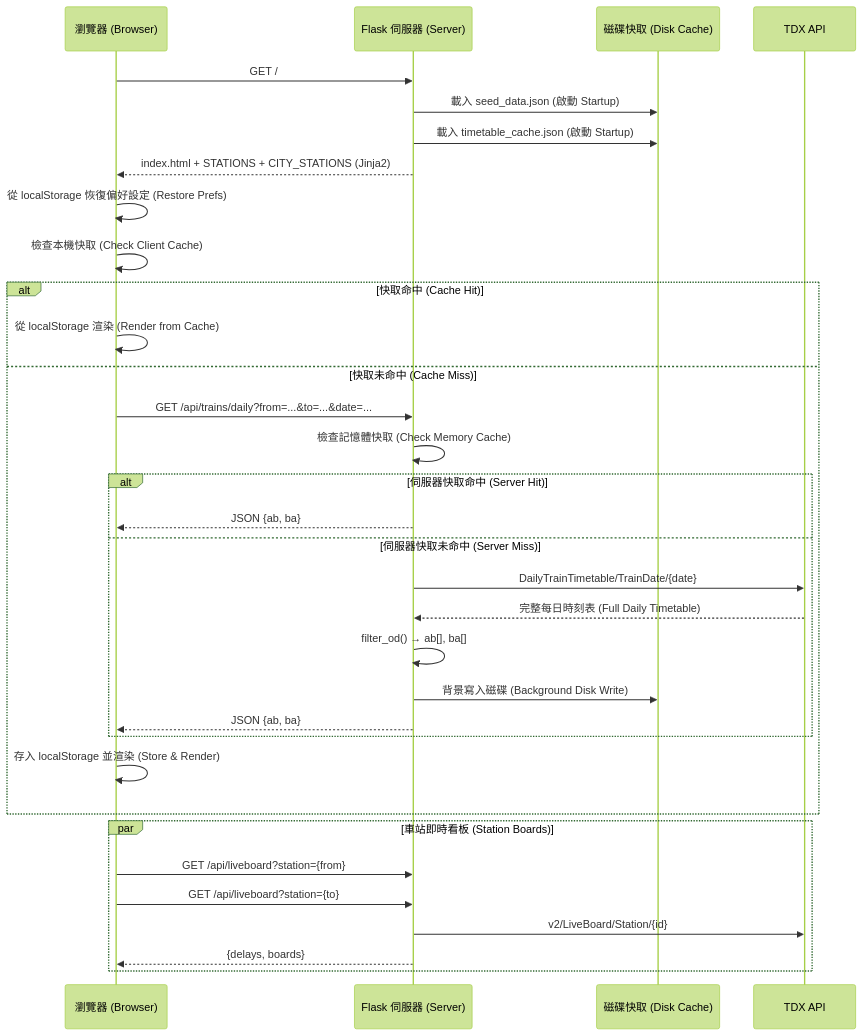
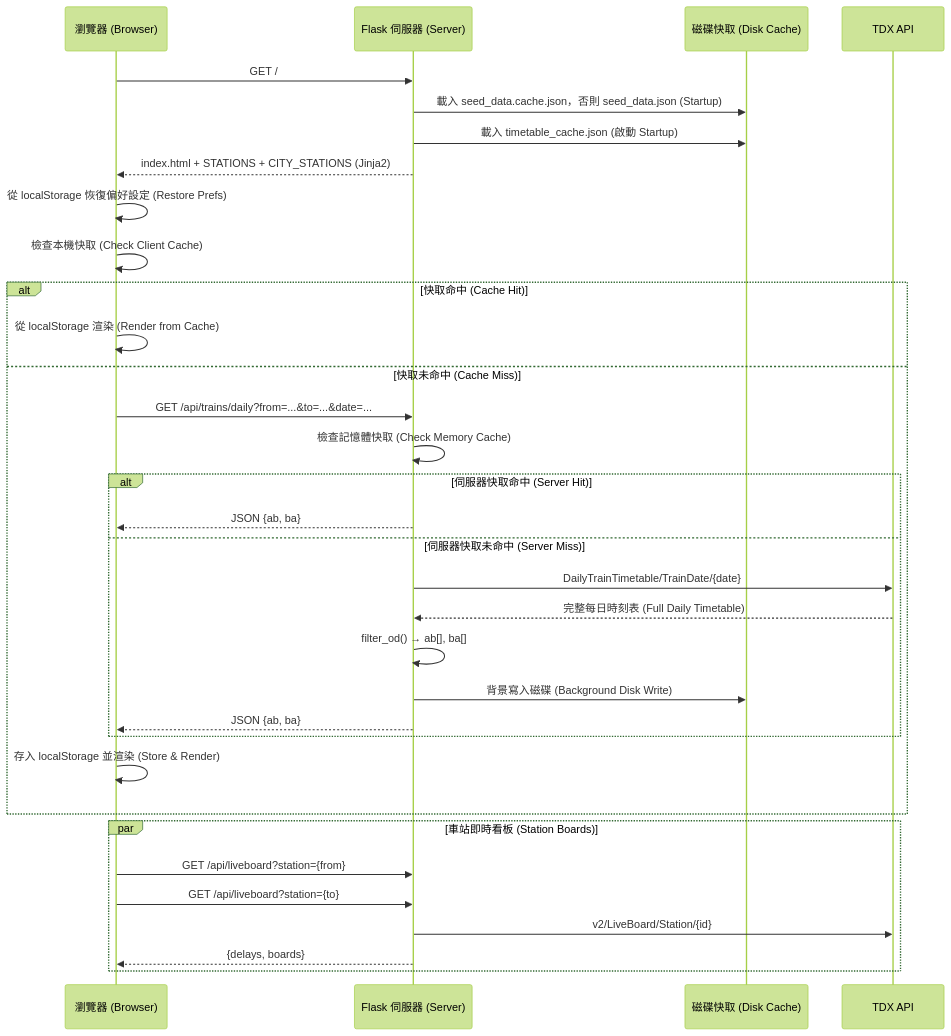
Before and after one commit to kindwayRewolf/TDX_Web: the first of 3 diagrams in README.md, drawn with Mermaid (forest theme). The commit also changed other lines of this file and 9 other files, not shown here.

````diff
--- a/README.md
+++ b/README.md
@@ -66,39 +77,39 @@
 ```mermaid
 sequenceDiagram
     participant B as 瀏覽器 (Browser)
     participant F as Flask 伺服器 (Server)
     participant D as 磁碟快取 (Disk Cache)
     participant T as TDX API
 
     B->>F: GET /
-    F->>D: 載入 seed_data.json (啟動 Startup)
+    F->>D: 載入 seed_data.cache.json，否則 seed_data.json (Startup)
     F->>D: 載入 timetable_cache.json (啟動 Startup)
     F-->>B: index.html + STATIONS + CITY_STATIONS (Jinja2)
 
     B->>B: 從 localStorage 恢復偏好設定 (Restore Prefs)
     B->>B: 檢查本機快取 (Check Client Cache)
 
     alt 快取命中 (Cache Hit)
         B->>B: 從 localStorage 渲染 (Render from Cache)
     else 快取未命中 (Cache Miss)
         B->>F: GET /api/trains/daily?from=...&to=...&date=...
         F->>F: 檢查記憶體快取 (Check Memory Cache)
         alt 伺服器快取命中 (Server Hit)
             F-->>B: JSON {ab, ba}
         else 伺服器快取未命中 (Server Miss)
             F->>T: DailyTrainTimetable/TrainDate/{date}
             T-->>F: 完整每日時刻表 (Full Daily Timetable)
             F->>F: filter_od() → ab[], ba[]
             F->>D: 背景寫入磁碟 (Background Disk Write)
             F-->>B: JSON {ab, ba}
         end
         B->>B: 存入 localStorage 並渲染 (Store & Render)
     end
 
     par 車站即時看板 (Station Boards)
         B->>F: GET /api/liveboard?station={from}
         B->>F: GET /api/liveboard?station={to}
         F->>T: v2/LiveBoard/Station/{id}
         F-->>B: {delays, boards}
     end
 ```
````
